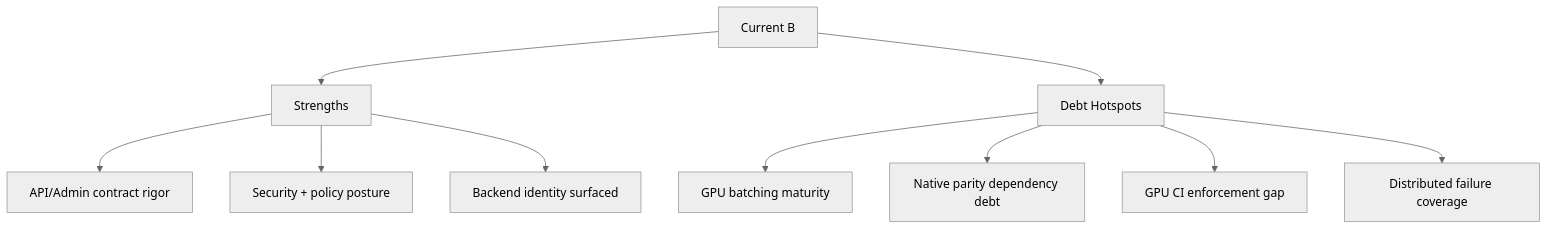
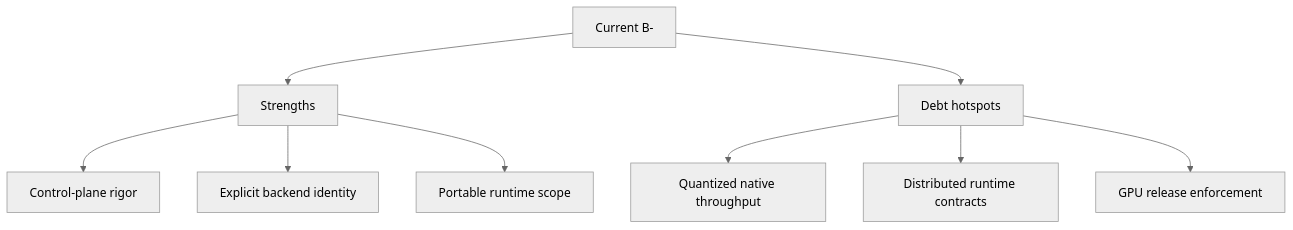
Before and after one commit to vjsingh1984/inferflux: the diagram in docs/TechDebt_and_Competitive_Roadmap.md, drawn with Mermaid (neutral theme). The commit also changed other lines of this file and 11 other files, not shown here.

Commit message:
Reconcile docs with current runtime reality

````diff
--- a/docs/TechDebt_and_Competitive_Roadmap.md
+++ b/docs/TechDebt_and_Competitive_Roadmap.md
@@ -7,14 +7,11 @@
 ```mermaid
 flowchart TB
-    A[Current B] --> B[Strengths]
-    A --> C[Debt Hotspots]
-
-    B --> B1[API/Admin contract rigor]
-    B --> B2[Security + policy posture]
-    B --> B3[Backend identity surfaced]
-
-    C --> C1[GPU batching maturity]
-    C --> C2[Native parity dependency debt]
-    C --> C3[GPU CI enforcement gap]
-    C --> C4[Distributed failure coverage]
+    A[Current B-] --> B[Strengths]
+    A --> C[Debt hotspots]
+    B --> B1[Control-plane rigor]
+    B --> B2[Explicit backend identity]
+    B --> B3[Portable runtime scope]
+    C --> C1[Quantized native throughput]
+    C --> C2[Distributed runtime contracts]
+    C --> C3[GPU release enforcement]
 ```
````
